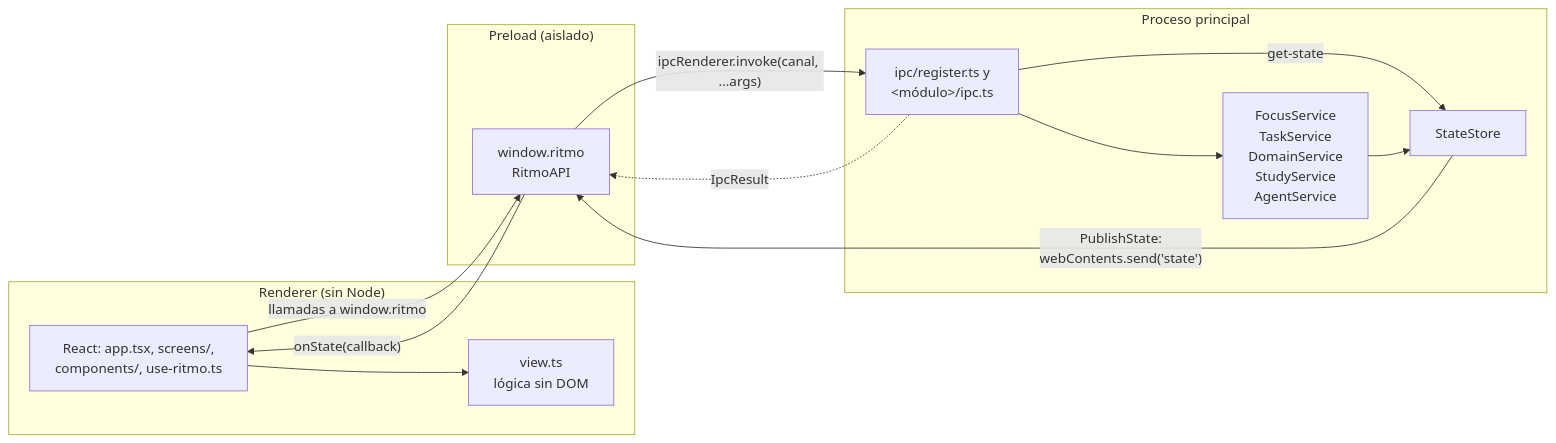
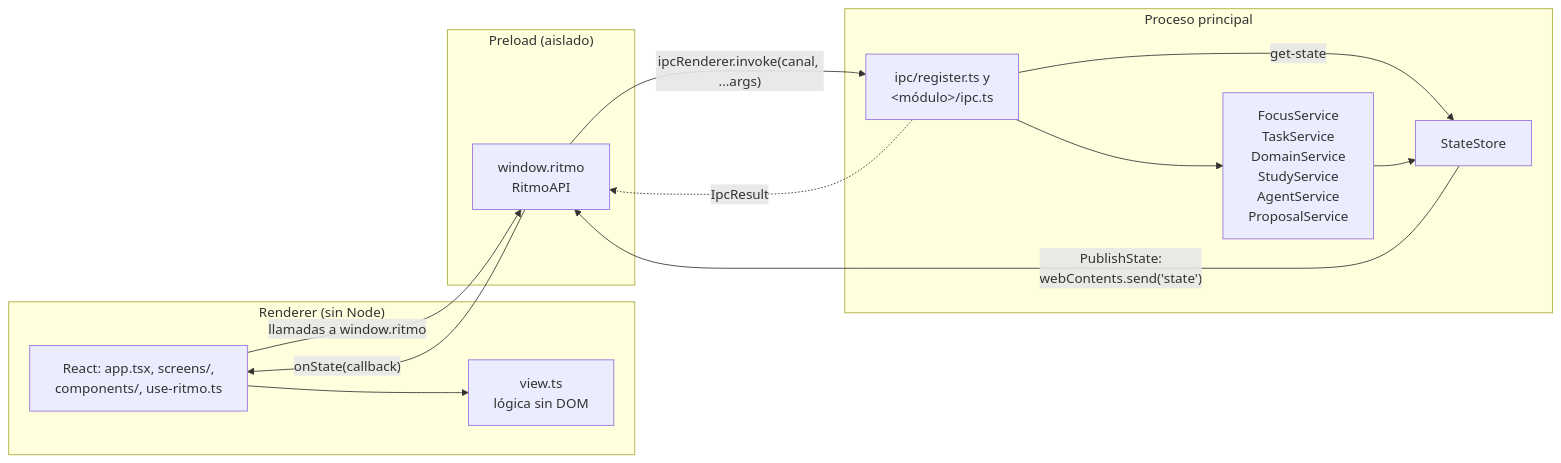
Before and after one commit to DevJuan95/ritmo: the first of 13 diagrams in docs/arquitectura.md, drawn with Mermaid. The commit also changed other lines of this file and 35 other files, not shown here.

````diff
--- a/docs/arquitectura.md
+++ b/docs/arquitectura.md
@@ -11,27 +11,27 @@
 ```mermaid
 flowchart LR
   subgraph renderer["Renderer (sin Node)"]
     ui["React: app.tsx, screens/,<br/>components/, use-ritmo.ts"]
     view["view.ts<br/>lógica sin DOM"]
     ui --> view
   end
 
   subgraph preload["Preload (aislado)"]
     api["window.ritmo<br/>RitmoAPI"]
   end
 
   subgraph main["Proceso principal"]
     ipc["ipc/register.ts y<br/>&lt;módulo&gt;/ipc.ts"]
-    services["FocusService<br/>TaskService<br/>DomainService<br/>StudyService<br/>AgentService"]
+    services["FocusService<br/>TaskService<br/>DomainService<br/>StudyService<br/>AgentService<br/>ProposalService"]
     store["StateStore"]
     ipc --> services
     ipc -- "get-state" --> store
     services --> store
   end
 
   ui -- "llamadas a window.ritmo" --> api
   api -- "ipcRenderer.invoke(canal, ...args)" --> ipc
   ipc -. "IpcResult" .-> api
   store -- "PublishState:<br/>webContents.send('state')" --> api
   api -- "onState(callback)" --> ui
 ```
````
